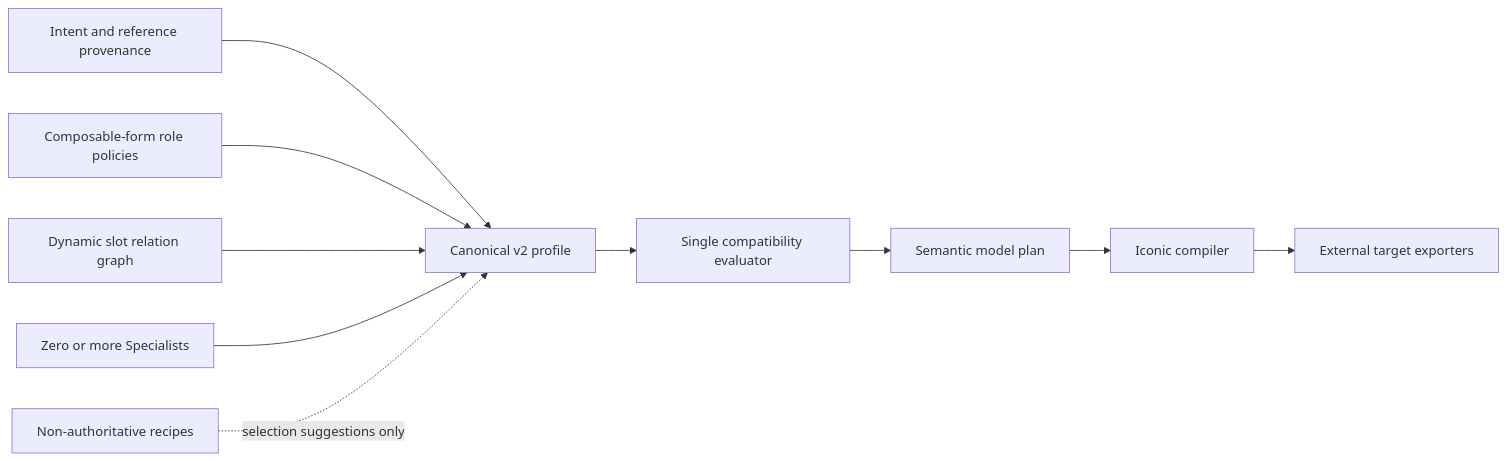
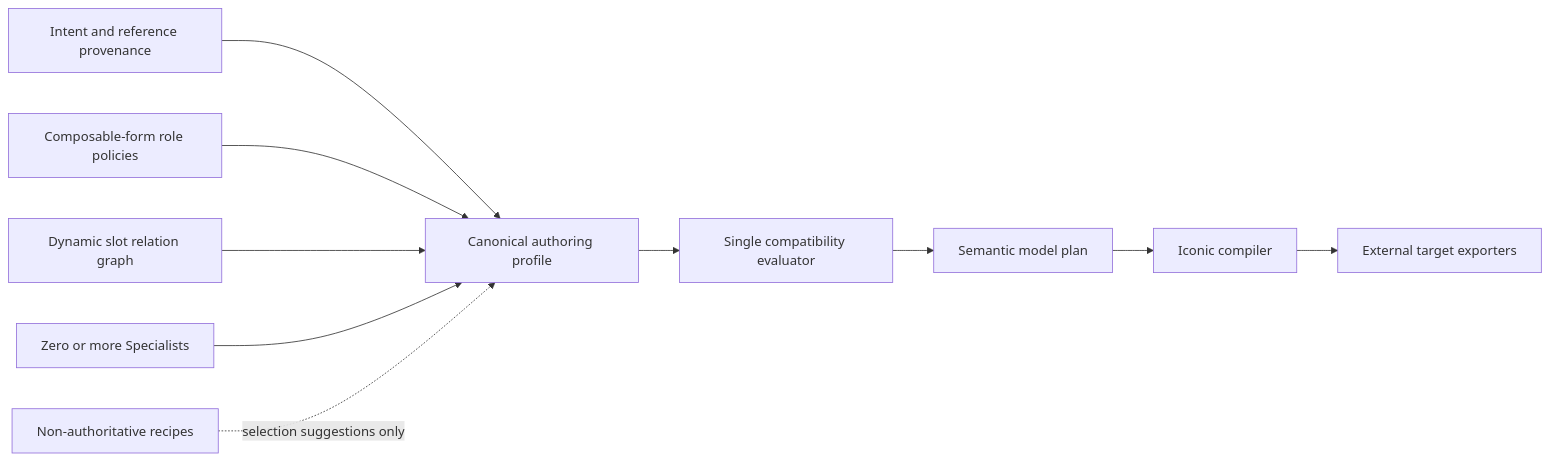
Before and after one commit to sigee-min/Ashfox: the diagram in docs/architecture/authoring-authority-harness.md, drawn with Mermaid. The commit also changed other lines of this file and 37 other files, not shown here.

````diff
--- a/docs/architecture/authoring-authority-harness.md
+++ b/docs/architecture/authoring-authority-harness.md
@@ -23,12 +24,12 @@
 ```mermaid
 flowchart LR
-  I["Intent and reference provenance"] --> P["Canonical v2 profile"]
+  I["Intent and reference provenance"] --> P["Canonical authoring profile"]
   A["Composable-form role policies"] --> P
   G["Dynamic slot relation graph"] --> P
   S["Zero or more Specialists"] --> P
   P --> E["Single compatibility evaluator"]
   E --> M["Semantic model plan"]
   M --> C["Iconic compiler"]
   C --> X["External target exporters"]
   R["Non-authoritative recipes"] -. "selection suggestions only" .-> P
 ```
````
